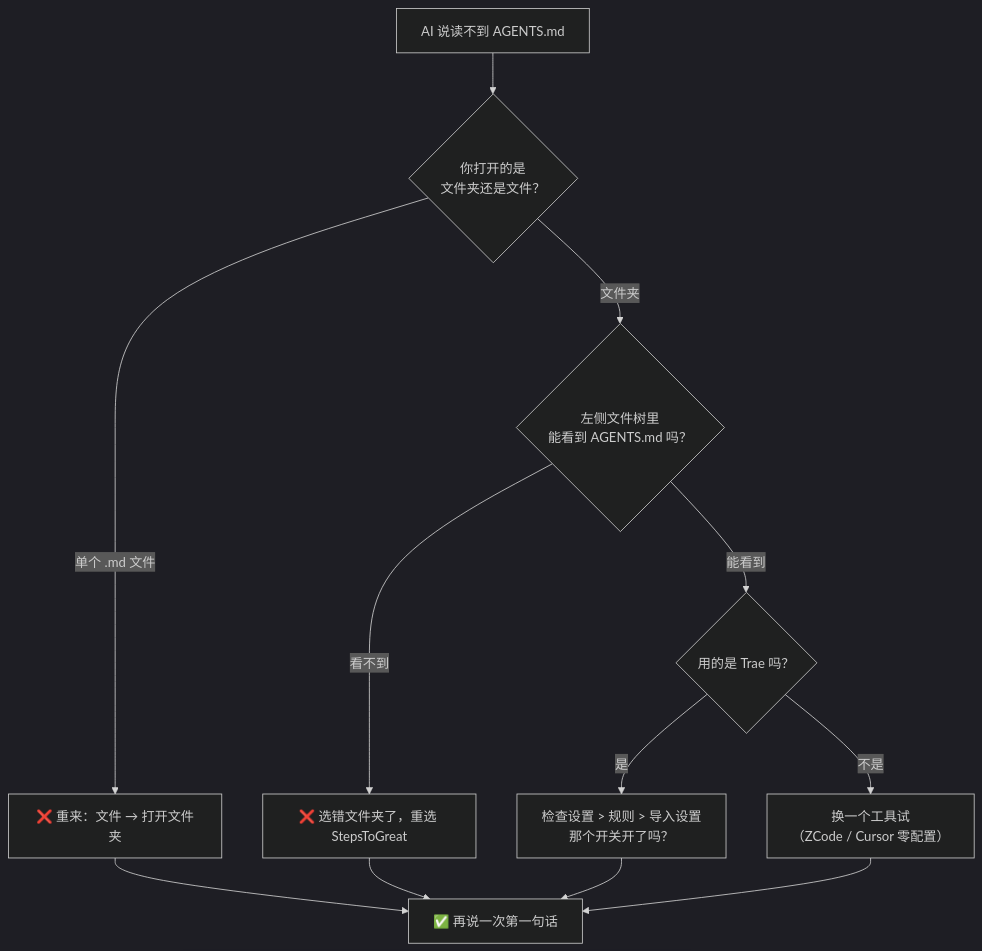
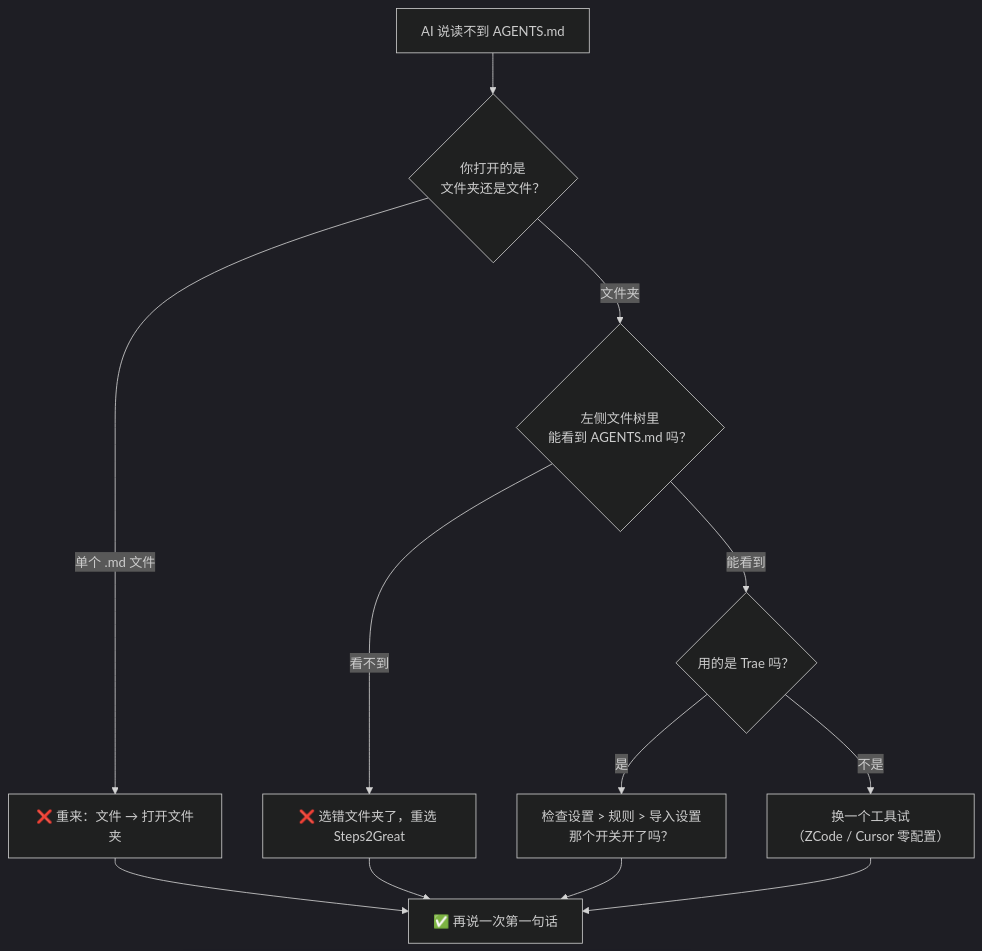
One commit to wildcat430524/StepsToGreat changed the third of 3 diagrams in 教程/界面示意图.md. Above: the diagram before and after it, drawn with Mermaid (dark theme). The commit also changed other lines of this file and 32 other files, not shown here.

First line of the commit message:
rename: StepsToGreat -> Steps2Great

````diff
--- a/教程/界面示意图.md
+++ b/教程/界面示意图.md
@@ -338,14 +338,14 @@
 ```mermaid
 flowchart TD
     P["AI 说读不到 AGENTS.md"] --> Q1{"你打开的是<br/>文件夹还是文件？"}
     Q1 -->|"单个 .md 文件"| A1["❌ 重来：文件 → 打开文件夹"]
     Q1 -->|"文件夹"| Q2{"左侧文件树里<br/>能看到 AGENTS.md 吗？"}
-    Q2 -->|"看不到"| A2["❌ 选错文件夹了，重选 StepsToGreat"]
+    Q2 -->|"看不到"| A2["❌ 选错文件夹了，重选 Steps2Great"]
     Q2 -->|"能看到"| Q3{"用的是 Trae 吗？"}
     Q3 -->|"是"| A3["检查设置 > 规则 > 导入设置<br/>那个开关开了吗？"]
     Q3 -->|"不是"| A4["换一个工具试<br/>（ZCode / Cursor 零配置）"]
     A1 --> OK["✅ 再说一次第一句话"]
     A2 --> OK
     A3 --> OK
     A4 --> OK
 ```
````
